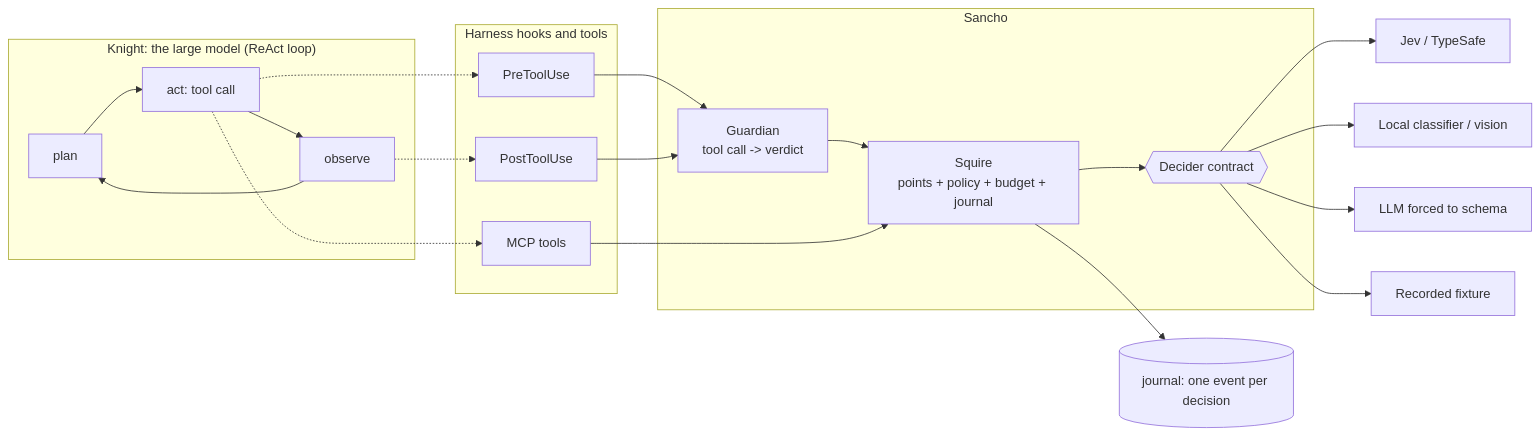
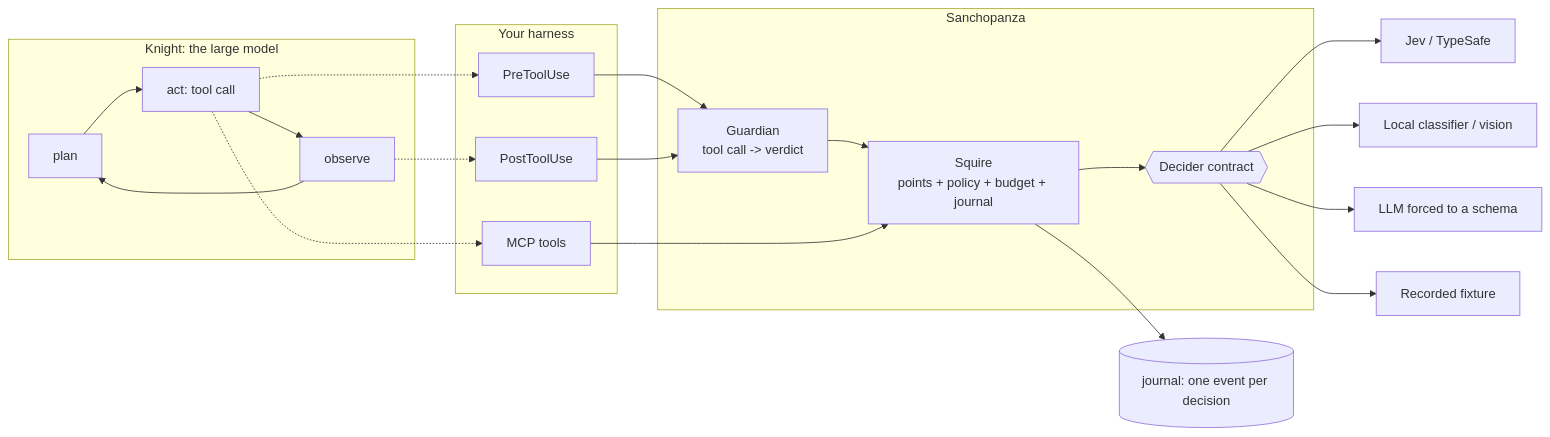
Before and after one commit to romanpert/sancho: the diagram in README.md, drawn with Mermaid. The commit also changed other lines of this file and 21 other files, not shown here.

````diff
--- a/README.md
+++ b/README.md
@@ -74,23 +124,23 @@
 ```mermaid
 flowchart LR
-    subgraph Knight["Knight: the large model (ReAct loop)"]
+    subgraph Knight["Knight: the large model"]
         P[plan] --> A[act: tool call] --> O[observe] --> P
     end
-    subgraph Harness["Harness hooks and tools"]
+    subgraph Harness["Your harness"]
         PRE[PreToolUse]
         POST[PostToolUse]
         MCP[MCP tools]
     end
-    subgraph Sancho["Sancho"]
+    subgraph SP["Sanchopanza"]
         G[Guardian<br/>tool call -> verdict] --> S[Squire<br/>points + policy + budget + journal]
         S --> D{{Decider contract}}
     end
     D --> J[Jev / TypeSafe]
     D --> L[Local classifier / vision]
-    D --> M[LLM forced to schema]
+    D --> M[LLM forced to a schema]
     D --> R[Recorded fixture]
     A -.-> PRE --> G
     O -.-> POST --> G
     A -.-> MCP --> S
     S --> E[(journal: one event per decision)]
 ```
````
